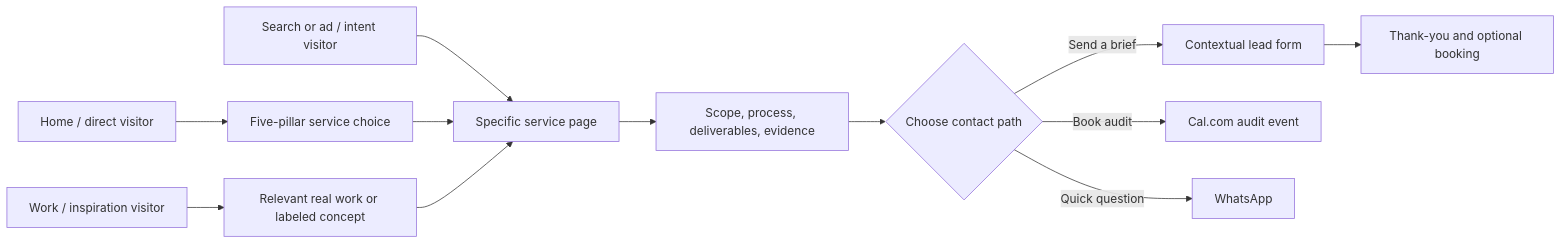
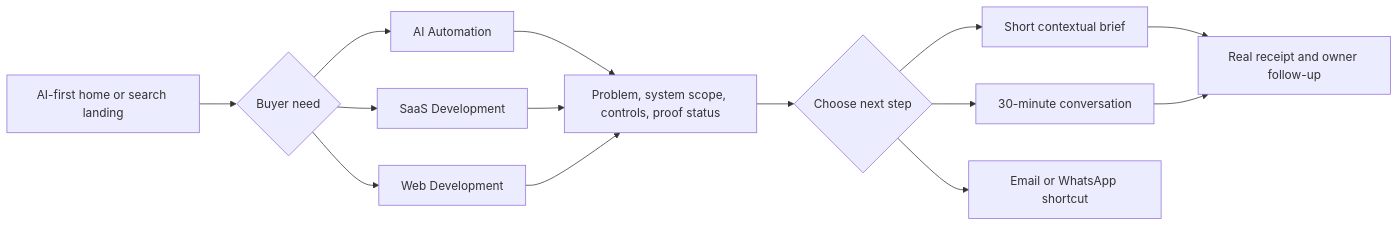
One commit to obseon-website/zavino_website changed the diagram in redesign-research/conversion-funnel-and-lead-form.md. Above: the diagram before and after it, drawn with Mermaid. The commit also changed other lines of this file and 12 other files, not shown here.

````diff
--- a/redesign-research/conversion-funnel-and-lead-form.md
+++ b/redesign-research/conversion-funnel-and-lead-form.md
@@ -23,14 +11,16 @@
 ```mermaid
 flowchart LR
-  A[Home / direct visitor] --> S[Five-pillar service choice]
-  B[Search or ad / intent visitor] --> D[Specific service page]
-  C[Work / inspiration visitor] --> W[Relevant real work or labeled concept]
-  S --> D
-  W --> D
-  D --> E[Scope, process, deliverables, evidence]
-  E --> F{Choose contact path}
-  F -->|Send a brief| G[Contextual lead form]
-  F -->|Book audit| H[Cal.com audit event]
-  F -->|Quick question| I[WhatsApp]
-  G --> J[Thank-you and optional booking]
+  A[AI-first home or search landing] --> B{Buyer need}
+  B --> C[AI Automation]
+  B --> D[SaaS Development]
+  B --> E[Web Development]
+  C --> F[Problem, system scope, controls, proof status]
+  D --> F
+  E --> F
+  F --> G{Choose next step}
+  G --> H[Short contextual brief]
+  G --> I[30-minute conversation]
+  G --> J[Email or WhatsApp shortcut]
+  H --> K[Real receipt and owner follow-up]
+  I --> K
 ```
````
